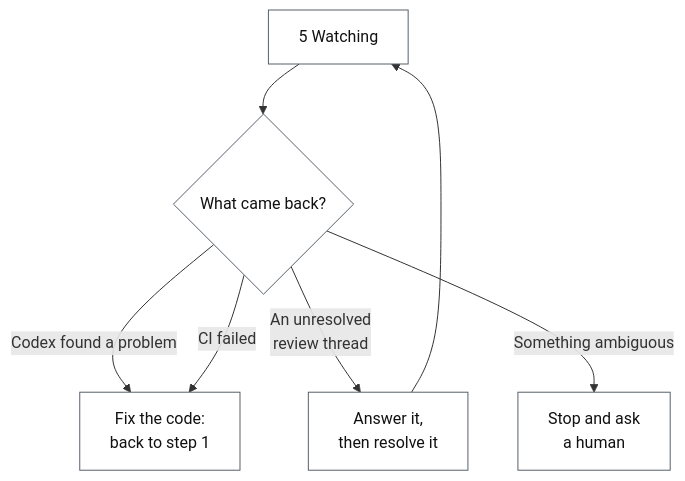
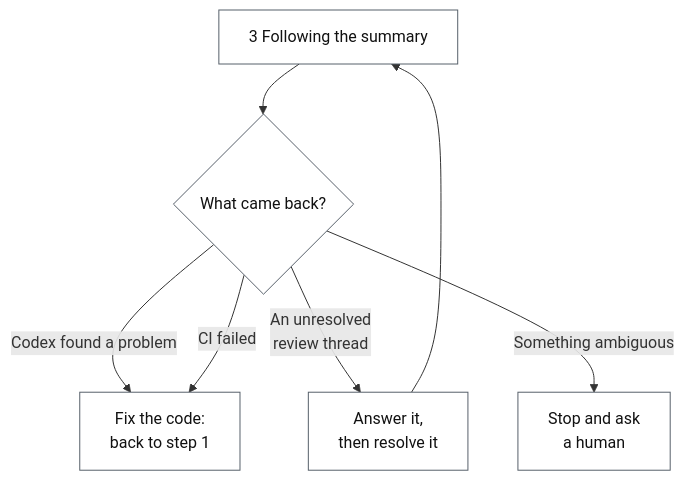
Before and after one commit to fengjiachun/review-bridge: the second of 2 diagrams in docs/review-flow.md, drawn with Mermaid. The commit also changed other lines of this file and 3 other files, not shown here.

````diff
--- a/docs/review-flow.md
+++ b/docs/review-flow.md
@@ -117,11 +114,11 @@
 ```mermaid
 flowchart TD
-  E["5 Watching"] --> Q{"What came back?"}
+  E["3 Following the summary"] --> Q{"What came back?"}
   Q -->|"Codex found a problem"| R1["Fix the code:<br/>back to step 1"]
   Q -->|"CI failed"| R1
   Q -->|"An unresolved<br/>review thread"| R2["Answer it,<br/>then resolve it"]
   Q -->|"Something ambiguous"| R3["Stop and ask<br/>a human"]
   R2 --> E
   classDef n fill:#ffffff,stroke:#57606a,stroke-width:1px,color:#111111;
   class E,Q,R1,R2,R3 n;
 ```
````
